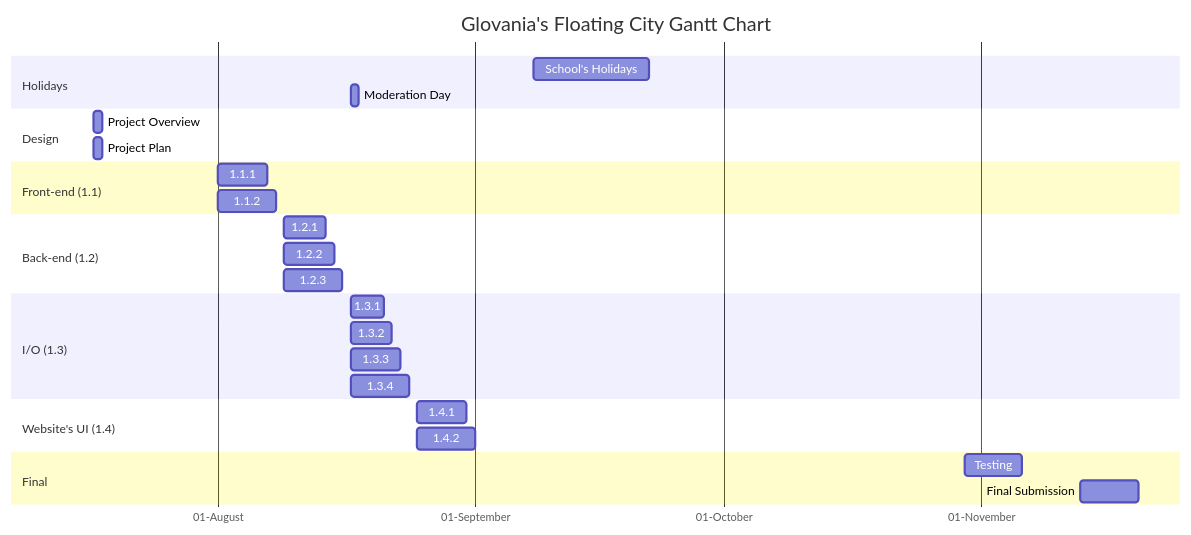
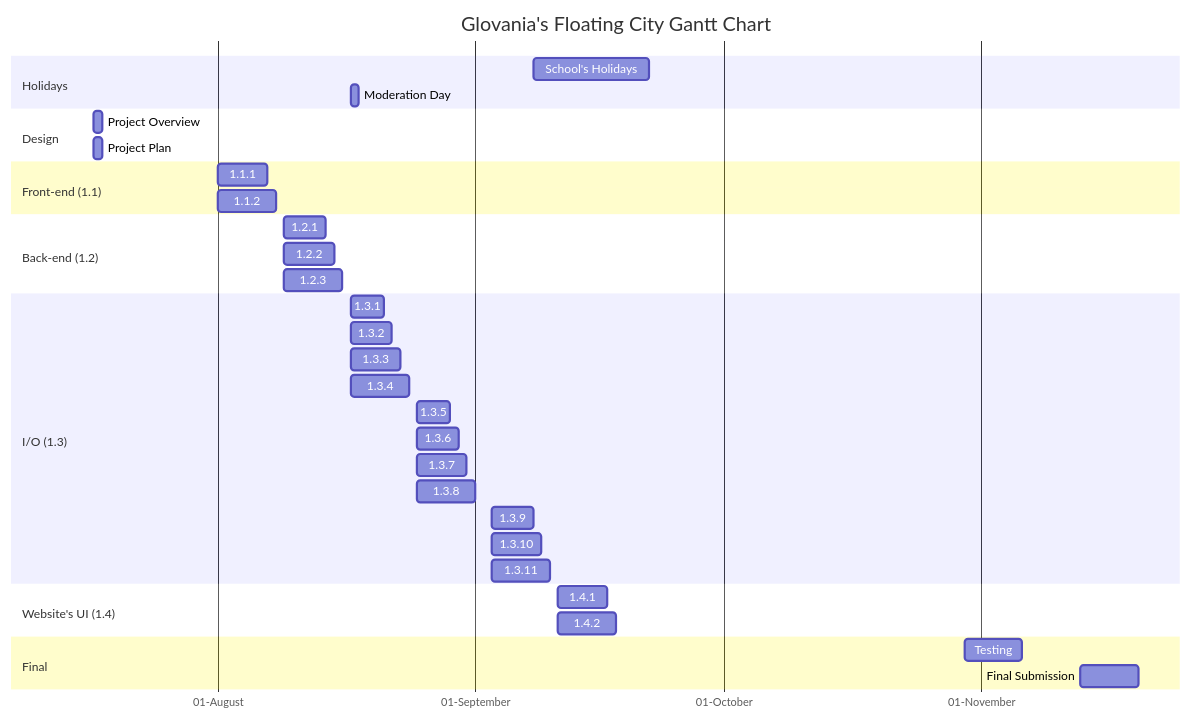
One commit to Glovania/Floating-City changed the diagram in RoadMap.md. Above: the diagram before and after it, drawn with Mermaid.

Commit message:
:pencil: Re-order RoadMap (finish)

````diff
--- a/RoadMap.md
+++ b/RoadMap.md
@@ -1,45 +1,54 @@
 ```mermaid
 gantt
     title Glovania's Floating City Gantt Chart
     dateFormat DD-MM-YYYY
     axisFormat %d-%B
     tickInterval 1month
 
 
     section Holidays
     School's Holidays: 08-09-2023, 14d
     Moderation Day: 17-08-2023, 1d
 
 
     section Design
     Project Overview: 17-07-2023, 1d
     Project Plan: 17-07-2023, 1d
 
 
     section Front-end (1.1)
     1.1.1: 01-08-2023, 6d
     1.1.2: 01-08-2023, 7d
 
 
     section Back-end (1.2)
     1.2.1: 09-08-2023, 5d
     1.2.2: 09-08-2023, 6d
     1.2.3: 09-08-2023, 7d
 
 
     section I/O (1.3)
     1.3.1: 17-08-2023, 4d
     1.3.2: 17-08-2023, 5d
     1.3.3: 17-08-2023, 6d
     1.3.4: 17-08-2023, 7d
 
+    1.3.5: 25-08-2023, 4d
+    1.3.6: 25-08-2023, 5d
+    1.3.7: 25-08-2023, 6d
+    1.3.8: 25-08-2023, 7d
+
+    1.3.9: 03-09-2023, 5d
+    1.3.10: 03-09-2023, 6d
+    1.3.11: 03-09-2023, 7d
+
 
     section Website's UI (1.4)
-    1.4.1: 25-08-2023, 6d
-    1.4.2: 25-08-2023, 7d
+    1.4.1: 11-09-2023, 6d
+    1.4.2: 11-09-2023, 7d
 
 
     section Final
     Testing: 30-10-2023, 7d
     Final Submission: 13-11-2023, 7d
 ```
````
